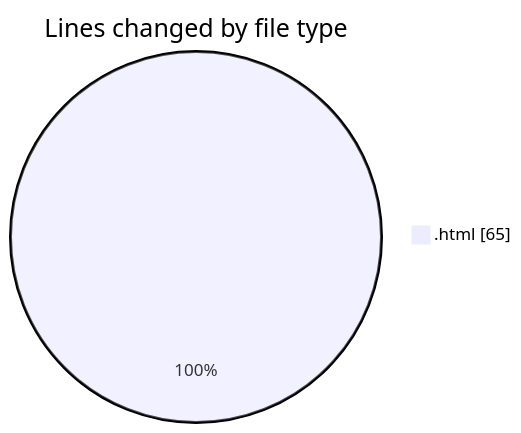
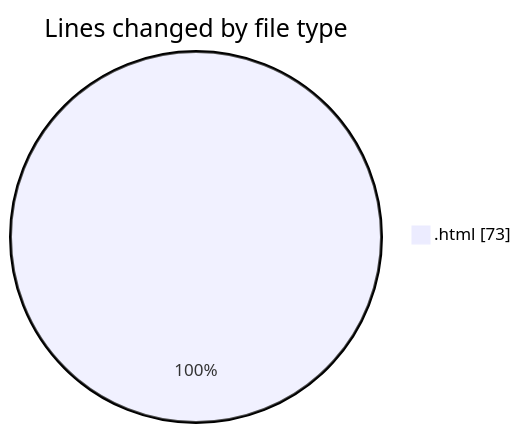
Before and after one commit to hasnaa123/code-tracking: the first of 2 diagrams in 2025-12-23/technologie_web/README.md, drawn with Mermaid. The commit also changed other lines of this file and 1 other file, not shown here.

````diff
--- a/2025-12-23/technologie_web/README.md
+++ b/2025-12-23/technologie_web/README.md
@@ -20,5 +20,5 @@
 ```mermaid
 pie showData
 title Lines changed by file type
-".html" : 65
+".html" : 73
 ```
````
